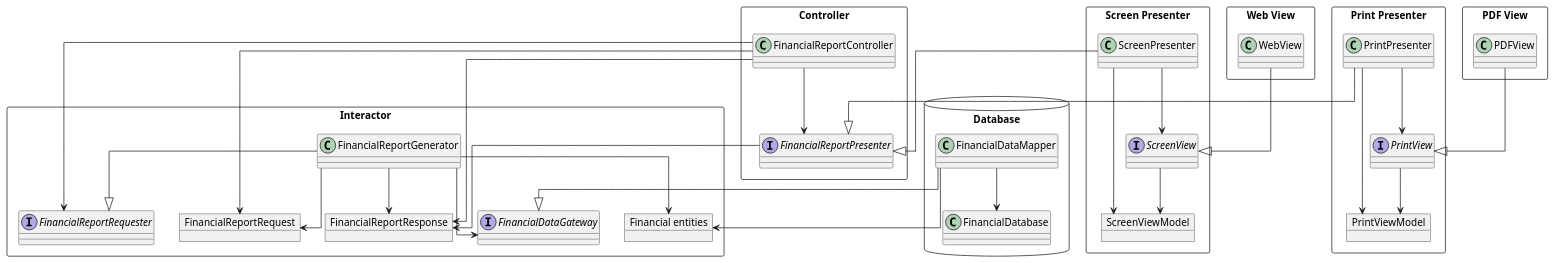
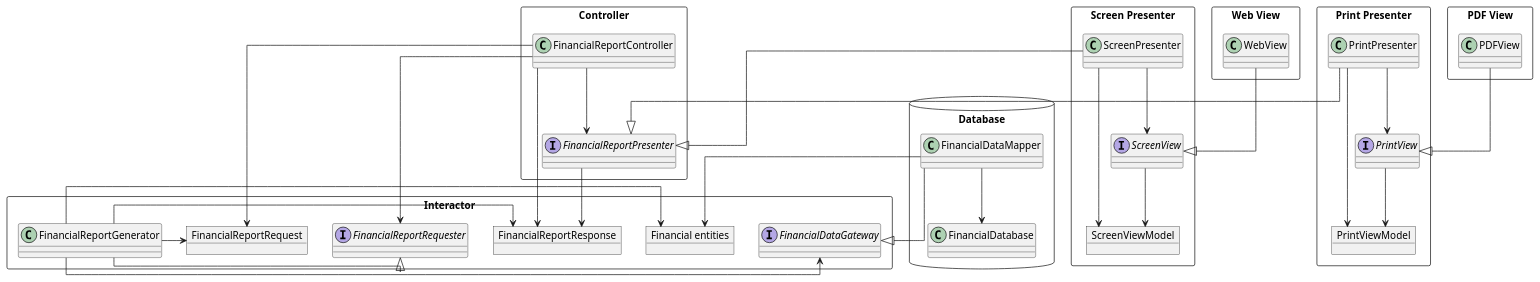
One commit to huland/logseq-notes changed the third of 4 diagrams in pages/Robert C. Martin - Clean Architecture A Craftsman's Guide to Software Structure and Design.md. Above: the diagram before and after it, drawn with PlantUML.

Commit message:
Auto saved by Logseq

```diff
--- a/pages/Robert C. Martin - Clean Architecture A Craftsman's Guide to Software Structure and Design.md
+++ b/pages/Robert C. Martin - Clean Architecture A Craftsman's Guide to Software Structure and Design.md
@@ -203,60 +203,60 @@
 				  @startuml
 				  skinparam linetype ortho
 				  package Interactor <<Rectangle>> {
 				    object FinancialReportRequest
 				    interface FinancialReportRequester
 				    object FinancialReportResponse
 				    class FinancialReportGenerator
 				    interface FinancialDataGateway
 				    object "Financial entities" as FinancialEntities
 				  }
 				  package Controller <<Rectangle>> {
 				    class FinancialReportController 
 				    interface FinancialReportPresenter
 				  }
 				  package Database <<Database>> {
 				    class FinancialDataMapper 
 				    class FinancialDatabase
 				  }
 				  package "Screen Presenter" as ScreenPres <<Rectangle>> {
 				    class ScreenPresenter
 				    object ScreenViewModel
 				    interface ScreenView
 				  }
 				  package "Print Presenter" as PrintPres <<Rectangle>> {
 				    class PrintPresenter
 				    object PrintViewModel
 				    interface PrintView
 				  } 
 				  package "PDF View" as PDFV <<Rectangle>> {
 				    class PDFView
 				  } 
 				  package "Web View" as WebV <<Rectangle>> {
 				    class WebView
 				  } 
 				  
-				  FinancialReportGenerator --> FinancialReportRequest
-				  FinancialReportGenerator --> FinancialEntities
-				  FinancialReportGenerator --> FinancialReportResponse
-				  FinancialReportGenerator --> FinancialDataGateway
-				  FinancialReportGenerator --|> FinancialReportRequester
+				  FinancialReportGenerator -> FinancialReportRequest
+				  FinancialReportGenerator -> FinancialEntities
+				  FinancialReportGenerator -> FinancialReportResponse
+				  FinancialReportGenerator -> FinancialDataGateway
+				  FinancialReportGenerator -|> FinancialReportRequester
 				  FinancialDataMapper --> FinancialDatabase
 				  FinancialDataMapper --> FinancialEntities
 				  FinancialDataMapper --|> FinancialDataGateway
 				  FinancialReportController --> FinancialReportPresenter
 				  FinancialReportPresenter --> FinancialReportResponse
 				  FinancialReportController --> FinancialReportRequest
 				  FinancialReportController --> FinancialReportRequester
 				  FinancialReportController --> FinancialReportResponse
 				  ScreenPresenter --> ScreenView
 				  ScreenView --> ScreenViewModel
 				  ScreenPresenter --> ScreenViewModel
 				  ScreenPresenter --|> FinancialReportPresenter
 				  PrintPresenter --> PrintView
 				  PrintView --> PrintViewModel
 				  PrintPresenter --> PrintViewModel
 				  PrintPresenter --|> FinancialReportPresenter
 				  WebView --|> ScreenView
 				  PDFView --|> PrintView
 				  
 				  @enduml
```
